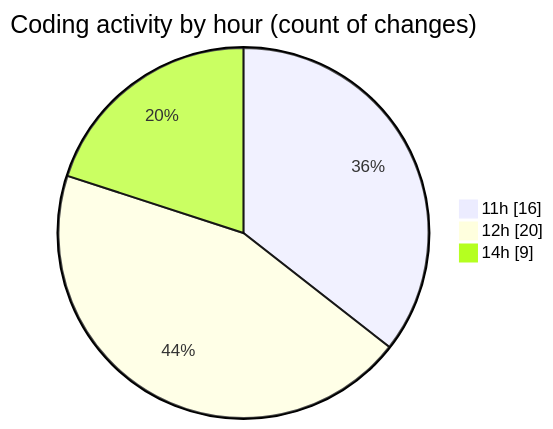
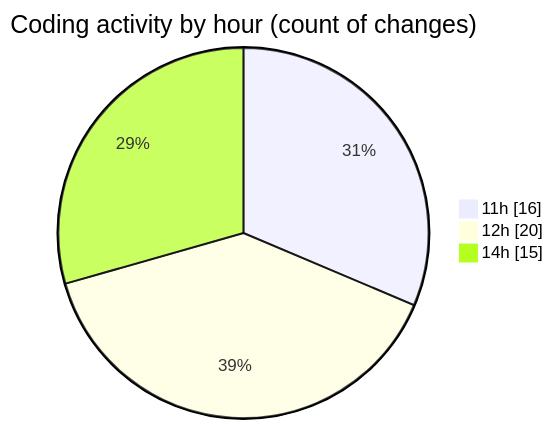
One commit to Netris89/code-tracking changed the second of 2 diagrams in 2025-03-26/back-end/README.md. Above: the diagram before and after it, drawn with Mermaid. The commit also changed other lines of this file and 1 other file, not shown here.

````diff
--- a/2025-03-26/back-end/README.md
+++ b/2025-03-26/back-end/README.md
@@ -50,7 +53,7 @@
 ```mermaid
 pie showData
 title Coding activity by hour (count of changes)
 "11h" : 16
 "12h" : 20
-"14h" : 9
+"14h" : 15
 ```
````
